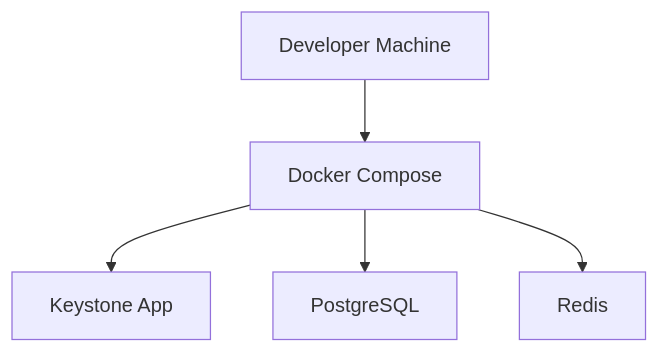
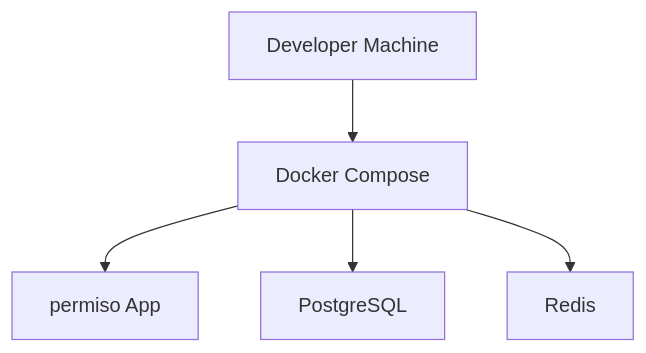
One commit to zakaria-lahyani/permiso changed the sixth of 7 diagrams in docs/architecture/overview.md. Above: the diagram before and after it, drawn with Mermaid. The commit also changed other lines of this file and 66 other files, not shown here.

````diff
--- a/docs/architecture/overview.md
+++ b/docs/architecture/overview.md
@@ -539,8 +539,8 @@
 ```mermaid
 graph TB
     DEV[Developer Machine]
     DEV --> DOCKER[Docker Compose]
-    DOCKER --> APP[Keystone App]
+    DOCKER --> APP[permiso App]
     DOCKER --> PG[PostgreSQL]
     DOCKER --> REDIS[Redis]
 ```
````
